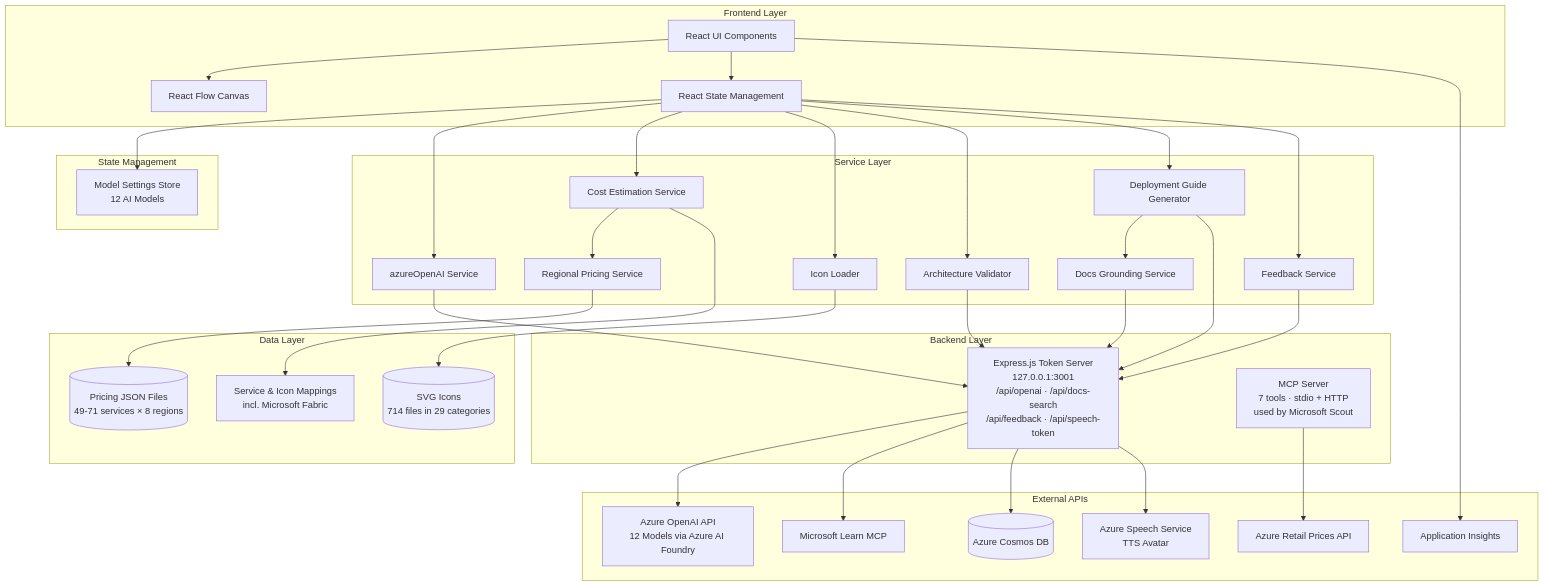
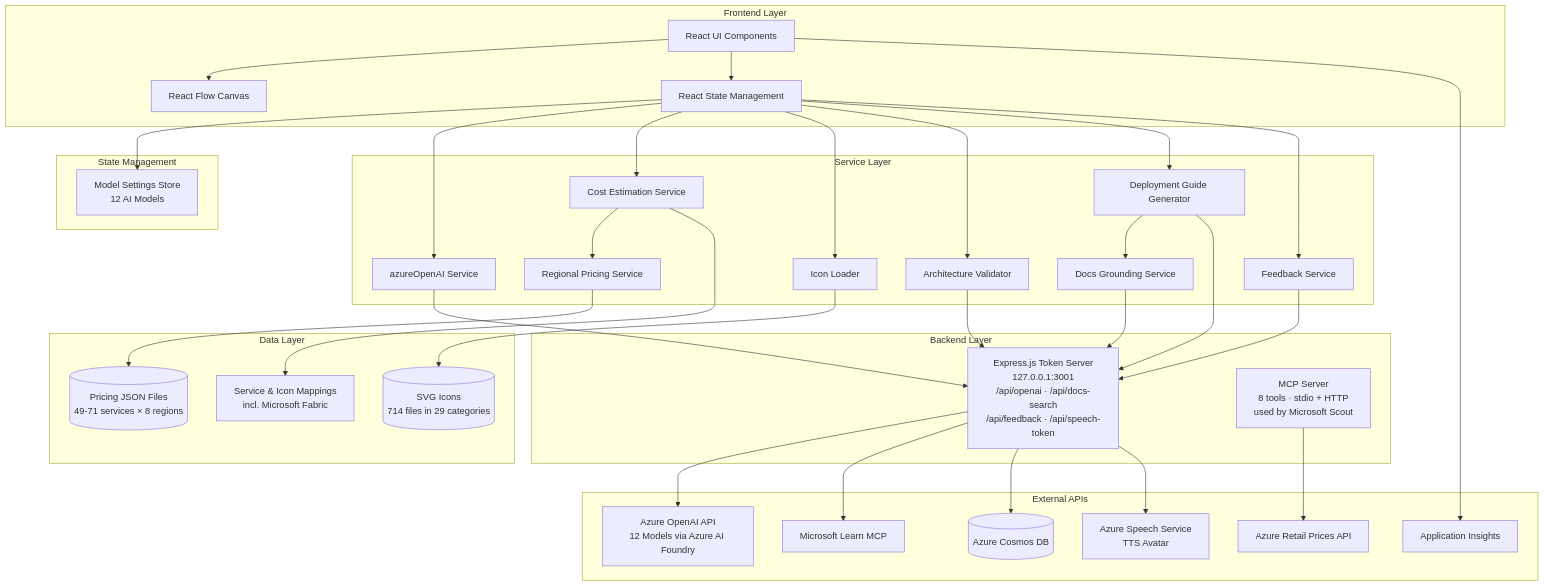
The first of 5 diagrams in DOCS/ARCHITECTURE.md (yang-jiayi/azure-architecture-diagram-builder), drawn with Mermaid before and after one commit. The commit also changed other lines of this file and 8 other files, not shown here.

Commit message:
docs: sync READMEs + architecture/backlog to current state (8 MCP tools, Visio/Workflow exports, structured outputs, Fabric pricing)

````diff
--- a/DOCS/ARCHITECTURE.md
+++ b/DOCS/ARCHITECTURE.md
@@ -15,69 +15,69 @@
 ```mermaid
 graph TB
     subgraph "Frontend Layer"
         UI[React UI Components]
         RF[React Flow Canvas]
         State[React State Management]
     end
 
     subgraph "Service Layer"
         AI[azureOpenAI Service]
         Pricing[Cost Estimation Service]
         Regional[Regional Pricing Service]
         Icons[Icon Loader]
         Validator[Architecture Validator]
         DeployGen[Deployment Guide Generator]
         DocsGround[Docs Grounding Service]
         Feedback[Feedback Service]
     end
 
     subgraph "State Management"
         ModelStore[Model Settings Store<br/>12 AI Models]
     end
 
     subgraph "Data Layer"
         PricingData[(Pricing JSON Files<br/>49-71 services × 8 regions)]
         IconData[(SVG Icons<br/>714 files in 29 categories)]
         Mappings[Service & Icon Mappings<br/>incl. Microsoft Fabric]
     end
 
     subgraph "Backend Layer"
         TokenServer[Express.js Token Server<br/>127.0.0.1:3001<br/>/api/openai · /api/docs-search<br/>/api/feedback · /api/speech-token]
-        MCP[MCP Server<br/>7 tools · stdio + HTTP<br/>used by Microsoft Scout]
+        MCP[MCP Server<br/>8 tools · stdio + HTTP<br/>used by Microsoft Scout]
     end
 
     subgraph "External APIs"
         OpenAI[Azure OpenAI API<br/>12 Models via Azure AI Foundry]
         LearnMCP[Microsoft Learn MCP]
         AzureAPI[Azure Retail Prices API]
         Cosmos[(Azure Cosmos DB)]
         AppInsightsAPI[Application Insights]
         SpeechAPI[Azure Speech Service<br/>TTS Avatar]
     end
 
     UI --> RF
     UI --> State
     State --> ModelStore
     State --> AI
     State --> Pricing
     State --> Icons
     State --> Validator
     State --> DeployGen
     State --> Feedback
     DeployGen --> DocsGround
     AI --> TokenServer
     Validator --> TokenServer
     DeployGen --> TokenServer
     DocsGround --> TokenServer
     Feedback --> TokenServer
     Pricing --> Regional
     Regional --> PricingData
     Icons --> IconData
     Pricing --> Mappings
     TokenServer --> OpenAI
     TokenServer --> LearnMCP
     TokenServer --> Cosmos
     TokenServer --> SpeechAPI
     UI --> AppInsightsAPI
     MCP --> AzureAPI
 ```
````
